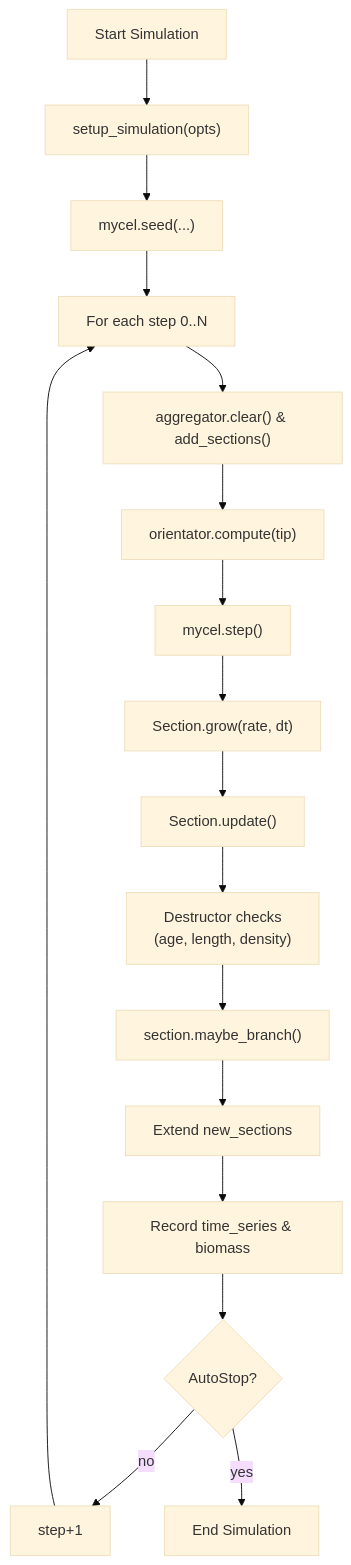
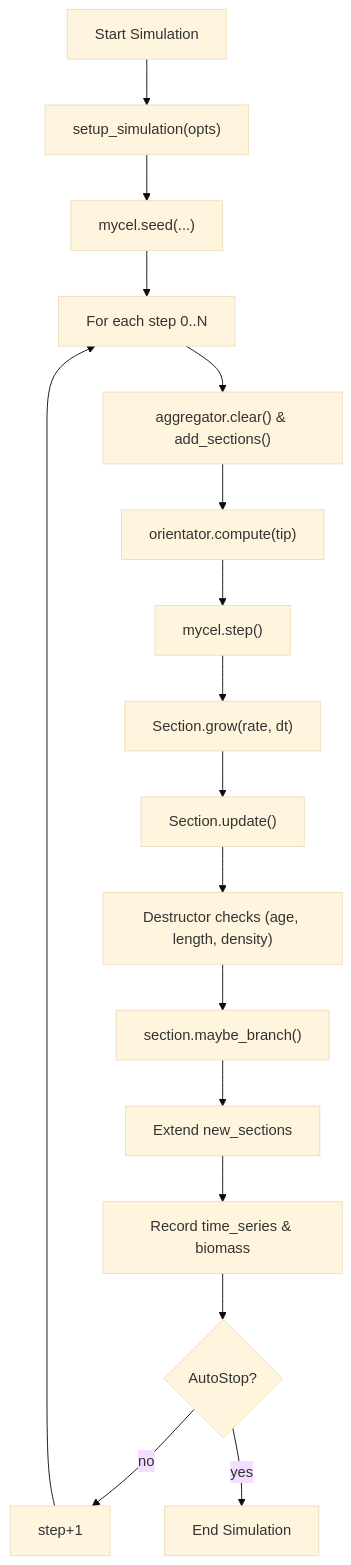
The diagram in README.md (ETancredi/pycelium), drawn with Mermaid (base theme) before and after one commit.

````diff
--- a/README.md
+++ b/README.md
@@ -122,25 +122,25 @@
 ```mermaid
 flowchart TD
     Start["Start Simulation"]
     Setup["setup_simulation(opts)"]
     Seed["mycel.seed(...)"]
     Loop["For each step 0..N"]
     FieldAgg["aggregator.clear() & add_sections()"]
     Orient["orientator.compute(tip)"]
     MycelStep["mycel.step()"]
     Grow["Section.grow(rate, dt)"]
     Update["Section.update()"]
-    Destruct["Destructor checks\n(age, length, density)"]
+    Destruct["Destructor checks (age, length, density)"]
     Branch["section.maybe_branch()"]
     Append["Extend new_sections"]
     Record["Record time_series & biomass"]
     Check{"AutoStop?"}
     NextStep["step+1"]
 
     Start --> Setup --> Seed --> Loop
     Loop --> FieldAgg --> Orient --> MycelStep
     MycelStep --> Grow --> Update --> Destruct --> Branch --> Append --> Record
     Record --> Check
     Check -- no --> NextStep --> Loop
     Check -- yes --> End["End Simulation"]
 ```
````
